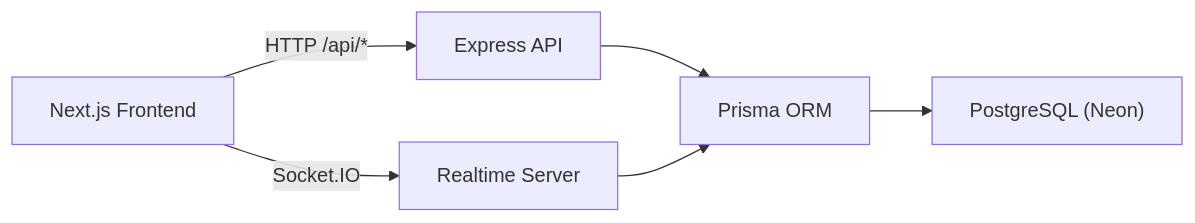
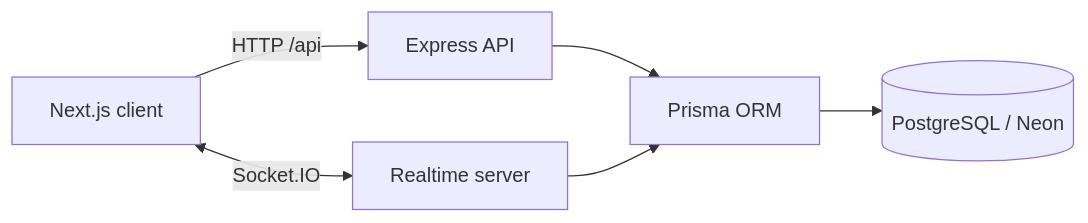
Before and after one commit to YanYihann/poker-chip-tracker: the diagram in README.md, drawn with Mermaid. The commit also changed other lines of this file, not shown here.

````diff
--- a/README.md
+++ b/README.md
@@ -72,8 +50,8 @@
 ```mermaid
 flowchart LR
-  A["Next.js Frontend"] -- "HTTP /api/*" --> B["Express API"]
-  A -- "Socket.IO" --> C["Realtime Server"]
-  B --> D["Prisma ORM"]
-  C --> D
-  D --> E["PostgreSQL (Neon)"]
+  C["Next.js client"] -->|HTTP /api| E["Express API"]
+  C <-->|Socket.IO| R["Realtime server"]
+  E --> P["Prisma ORM"]
+  R --> P
+  P --> D[(PostgreSQL / Neon)]
 ```
````
